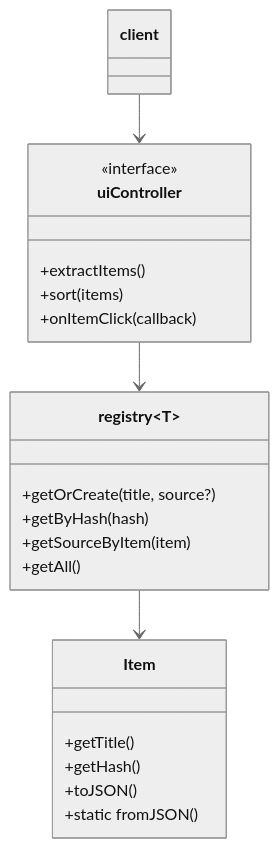
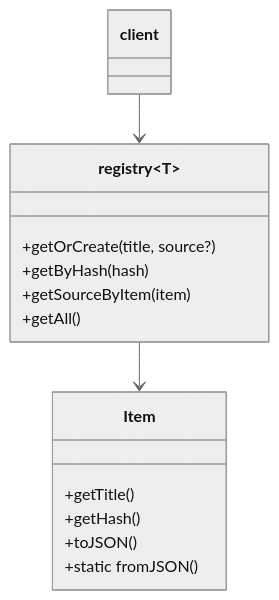
Before and after one commit to avengerandy/REI: the third of 7 diagrams in README.md, drawn with Mermaid (neutral theme). The commit also changed other lines of this file and 7 other files, not shown here.

````diff
--- a/README.md
+++ b/README.md
@@ -140,31 +139,23 @@
 ```mermaid
 classDiagram
     direction TB
     class Item {
         +getTitle()
         +getHash()
         +toJSON()
         +static fromJSON()
     }
 
     class registry~T~ {
         +getOrCreate(title, source?)
         +getByHash(hash)
         +getSourceByItem(item)
         +getAll()
     }
 
-    class uiController {
-        <<interface>>
-        +extractItems()
-        +sort(items)
-        +onItemClick(callback)
-    }
-
     class client
 
     %% Relationships
-    client --> uiController
-    uiController --> registry
+    client --> registry
     registry --> Item
 ```
````
